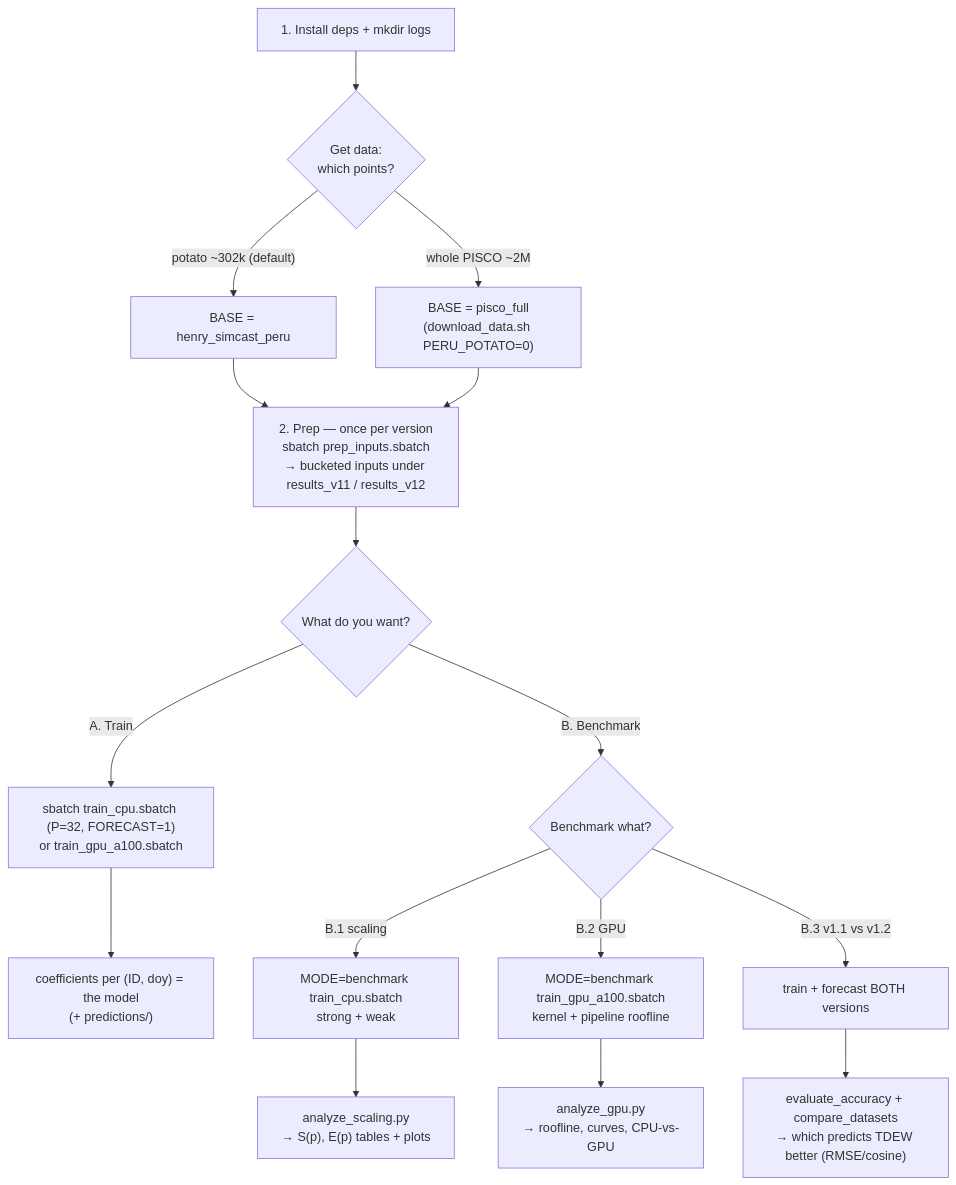
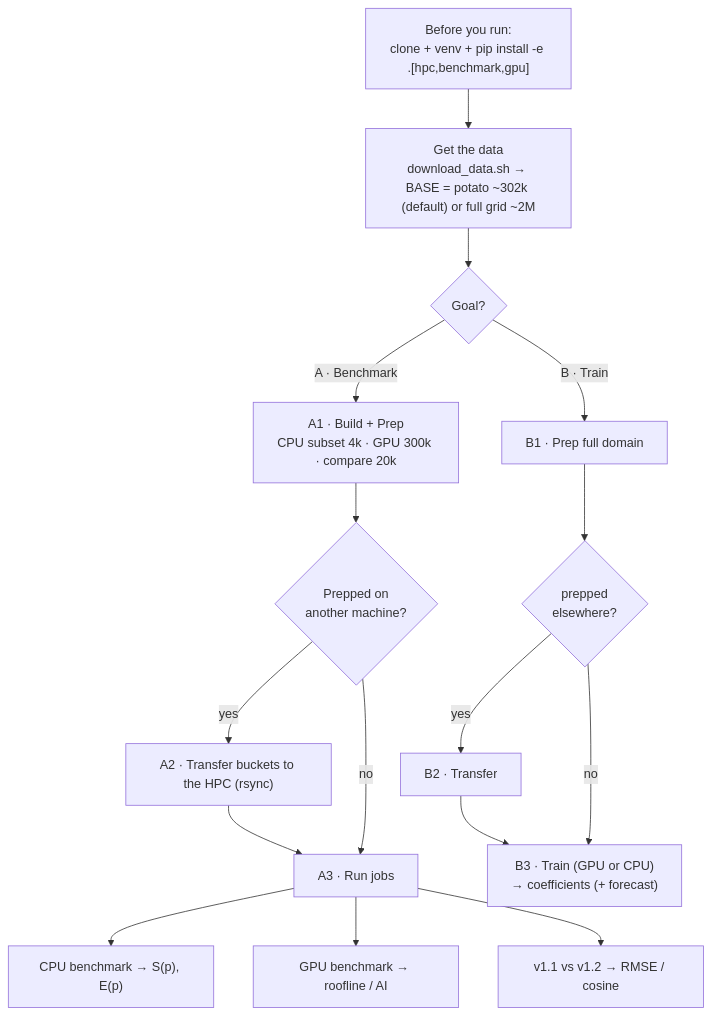
One commit to CENTRO-INTERNACIONAL-DE-LA-PAPA/tdew_estimation changed the diagram in HPC_code/README.md. Above: the diagram before and after it, drawn with Mermaid. The commit also changed other lines of this file, not shown here.

First line of the commit message:
README: restructure HPC guide as one end-to-end pipeline (benchmark / train branches)

````diff
--- a/HPC_code/README.md
+++ b/HPC_code/README.md
@@ -14,17 +15,17 @@
 ```mermaid
 flowchart TD
-    I["1. Install deps + mkdir logs"] --> D{"Get data:<br/>which points?"}
-    D -->|"potato ~302k (default)"| BASE["BASE = henry_simcast_peru"]
-    D -->|"whole PISCO ~2M"| BASEF["BASE = pisco_full<br/>(download_data.sh PERU_POTATO=0)"]
-    BASE --> PREP["2. Prep — once per version<br/>sbatch prep_inputs.sbatch<br/>→ bucketed inputs under results_v11 / results_v12"]
-    BASEF --> PREP
-    PREP --> GOAL{"What do you want?"}
+    S["Before you run:<br/>clone + venv + pip install -e .[hpc,benchmark,gpu]"] --> D["Get the data<br/>download_data.sh → BASE = potato ~302k (default) or full grid ~2M"]
+    D --> G{"Goal?"}
 
-    GOAL -->|"A. Train"| TRAIN["sbatch train_cpu.sbatch (P=32, FORECAST=1)<br/>or train_gpu_a100.sbatch"]
-    TRAIN --> MODEL["coefficients per (ID, doy) = the model<br/>(+ predictions/)"]
+    G -->|"A · Benchmark"| A1["A1 · Build + Prep<br/>CPU subset 4k · GPU 300k · compare 20k"]
+    A1 --> A2{"Prepped on<br/>another machine?"}
+    A2 -->|yes| T["A2 · Transfer buckets to the HPC (rsync)"] --> A3
+    A2 -->|no| A3["A3 · Run jobs"]
+    A3 --> J1["CPU benchmark → S(p), E(p)"]
+    A3 --> J2["GPU benchmark → roofline / AI"]
+    A3 --> J3["v1.1 vs v1.2 → RMSE / cosine"]
 
-    GOAL -->|"B. Benchmark"| BENCH{"Benchmark what?"}
-    BENCH -->|"B.1 scaling"| SC["MODE=benchmark train_cpu.sbatch<br/>strong + weak"] --> ASC["analyze_scaling.py<br/>→ S(p), E(p) tables + plots"]
-    BENCH -->|"B.2 GPU"| GP["MODE=benchmark train_gpu_a100.sbatch<br/>kernel + pipeline roofline"] --> AGP["analyze_gpu.py<br/>→ roofline, curves, CPU-vs-GPU"]
-    BENCH -->|"B.3 v1.1 vs v1.2"| CMP["train + forecast BOTH versions"] --> EV["evaluate_accuracy + compare_datasets<br/>→ which predicts TDEW better (RMSE/cosine)"]
+    G -->|"B · Train"| B1["B1 · Prep full domain"] --> B2{"prepped<br/>elsewhere?"}
+    B2 -->|yes| BT["B2 · Transfer"] --> B3
+    B2 -->|no| B3["B3 · Train (GPU or CPU)<br/>→ coefficients (+ forecast)"]
 ```
````
